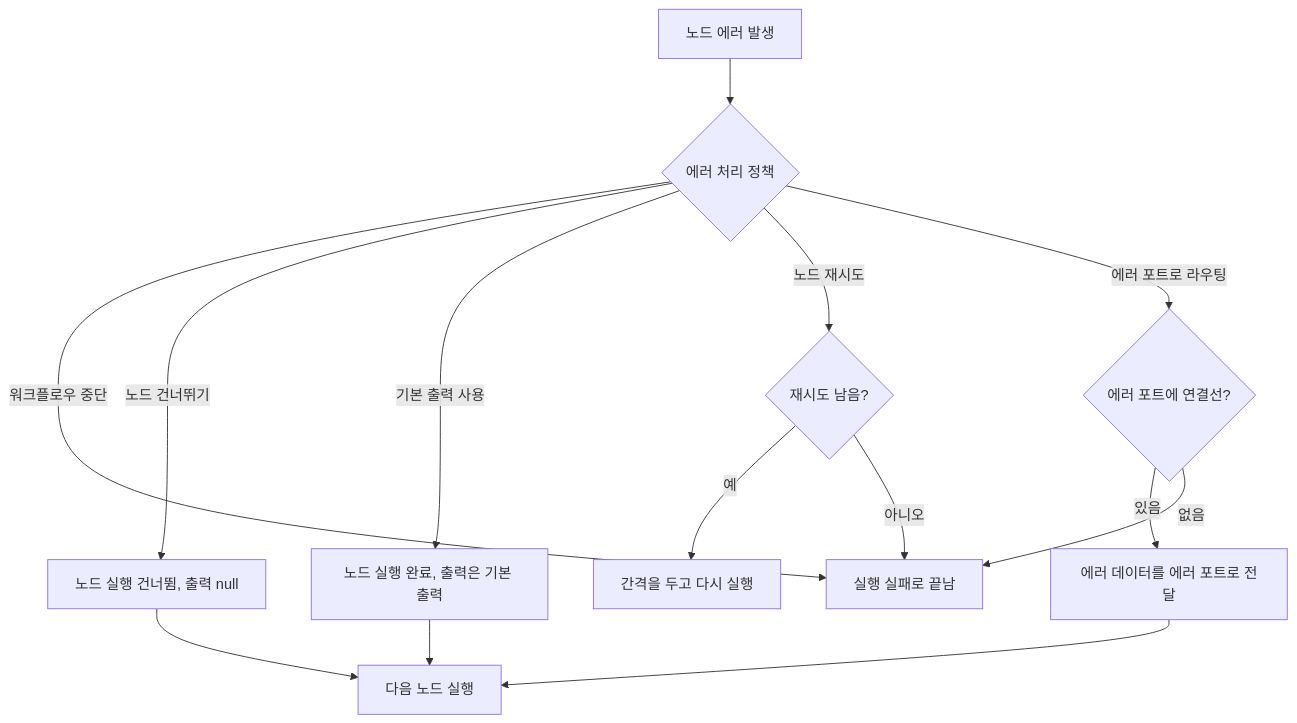
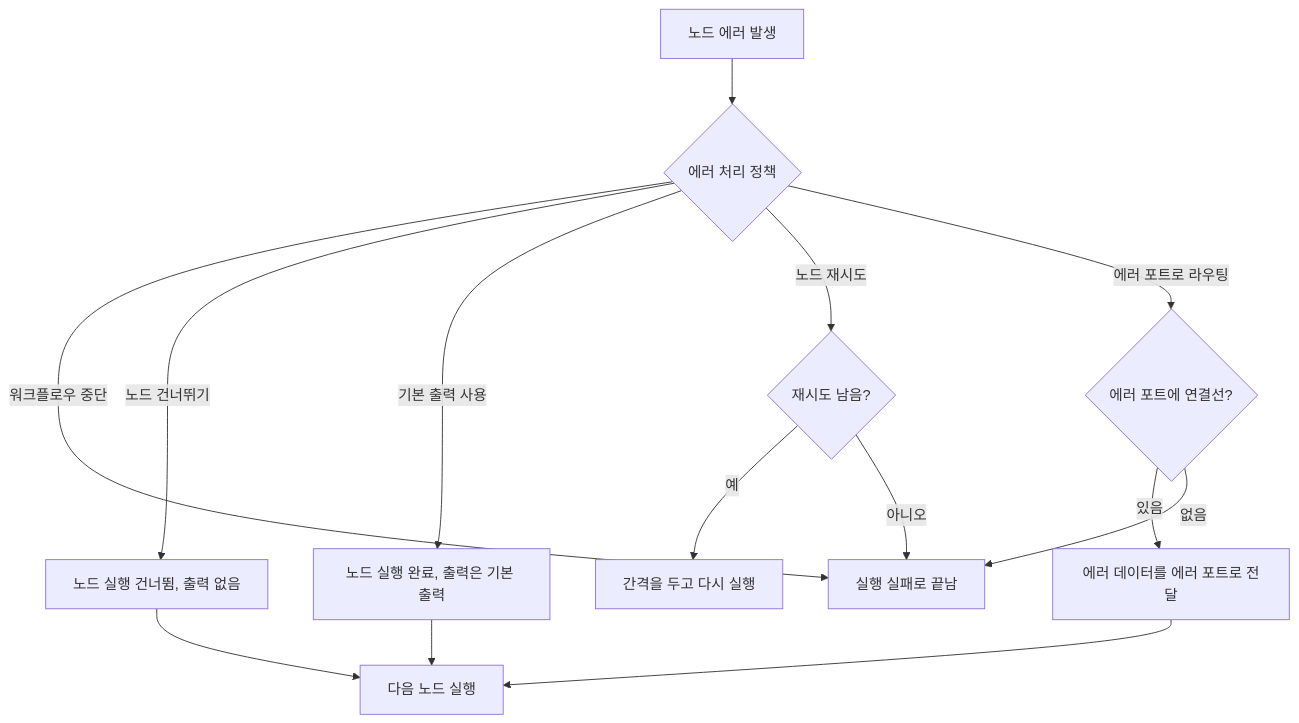
The diagram in spec/CLE-NODE/CLE-NODE-ERROR.md (worker-ants/clemvion), drawn with Mermaid before and after one commit. The commit also changed other lines of this file and 12 other files, not shown here.

````diff
--- a/spec/CLE-NODE/CLE-NODE-ERROR.md
+++ b/spec/CLE-NODE/CLE-NODE-ERROR.md
@@ -67,16 +67,16 @@
 ```mermaid
 flowchart TD
     A[노드 에러 발생] --> B{에러 처리 정책}
     B -->|워크플로우 중단| C[실행 실패로 끝남]
-    B -->|노드 건너뛰기| D[노드 실행 건너뜀, 출력 null]
+    B -->|노드 건너뛰기| D[노드 실행 건너뜀, 출력 없음]
     B -->|기본 출력 사용| E[노드 실행 완료, 출력은 기본 출력]
     B -->|노드 재시도| F{재시도 남음?}
     F -->|예| G[간격을 두고 다시 실행]
     F -->|아니오| C
     B -->|에러 포트로 라우팅| H{에러 포트에 연결선?}
     H -->|있음| I[에러 데이터를 에러 포트로 전달]
     H -->|없음| C
     D --> J[다음 노드 실행]
     E --> J
     I --> J
 ```
````
